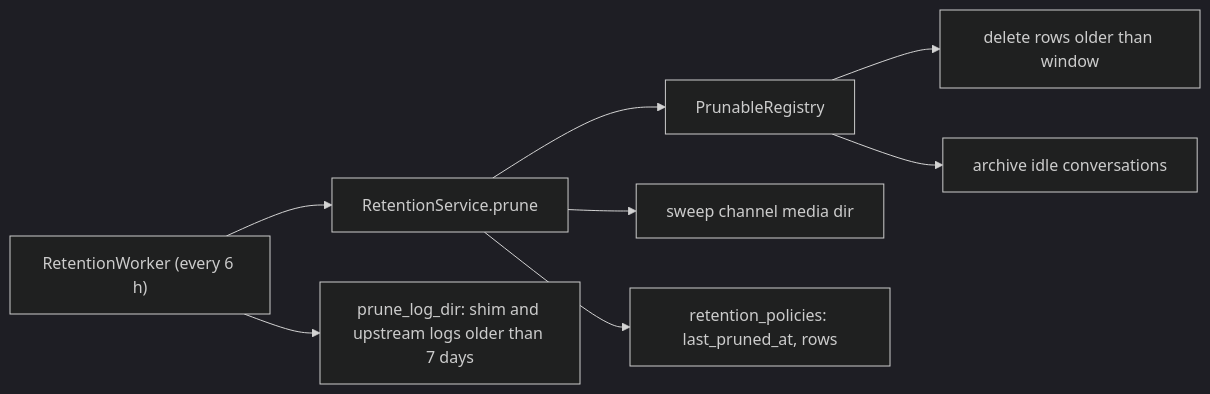
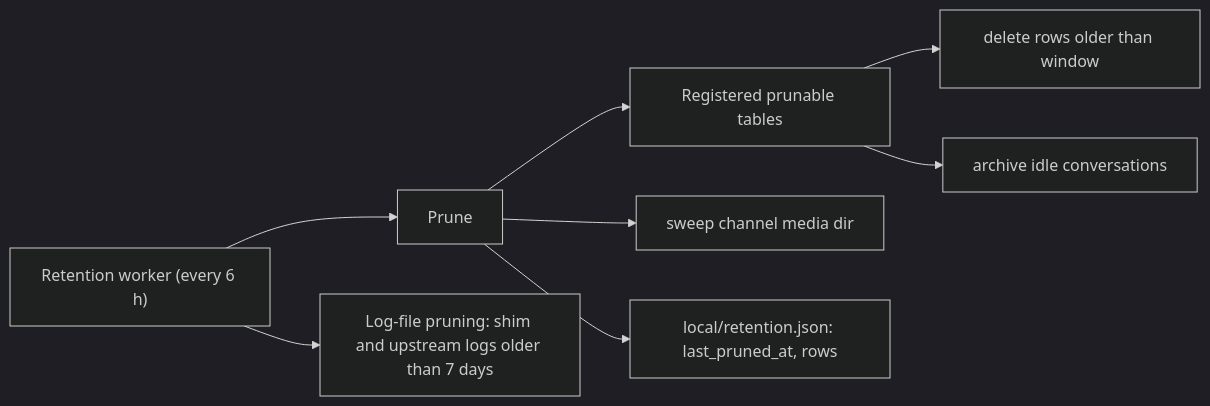
The second of 3 diagrams in docs-site/architecture/observability.md (wyx-sg/Coffer), drawn with Mermaid (dark theme) before and after one commit. The commit also changed other lines of this file and 4384 other files, not shown here.

````diff
--- a/docs-site/architecture/observability.md
+++ b/docs-site/architecture/observability.md
@@ -213,10 +244,10 @@
 ```mermaid
 flowchart LR
-    W["RetentionWorker (every 6 h)"] --> S["RetentionService.prune"]
-    S --> R["PrunableRegistry"]
+    W["Retention worker (every 6 h)"] --> S["Prune"]
+    S --> R["Registered prunable tables"]
     R --> T1["delete rows older than window"]
     R --> T2["archive idle conversations"]
     S --> M["sweep channel media dir"]
-    W --> F["prune_log_dir: shim and upstream logs older than 7 days"]
-    S --> P["retention_policies: last_pruned_at, rows"]
+    W --> F["Log-file pruning: shim and upstream logs older than 7 days"]
+    S --> P["local/retention.json: last_pruned_at, rows"]
 ```
````
